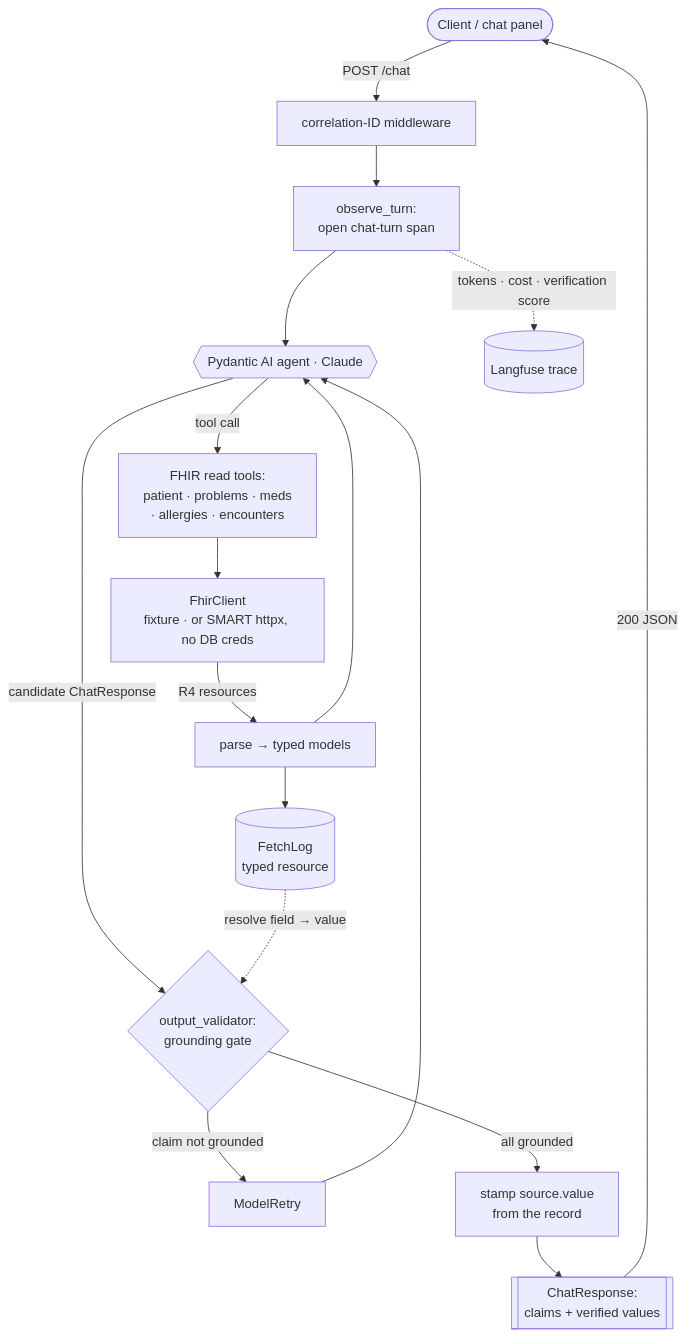
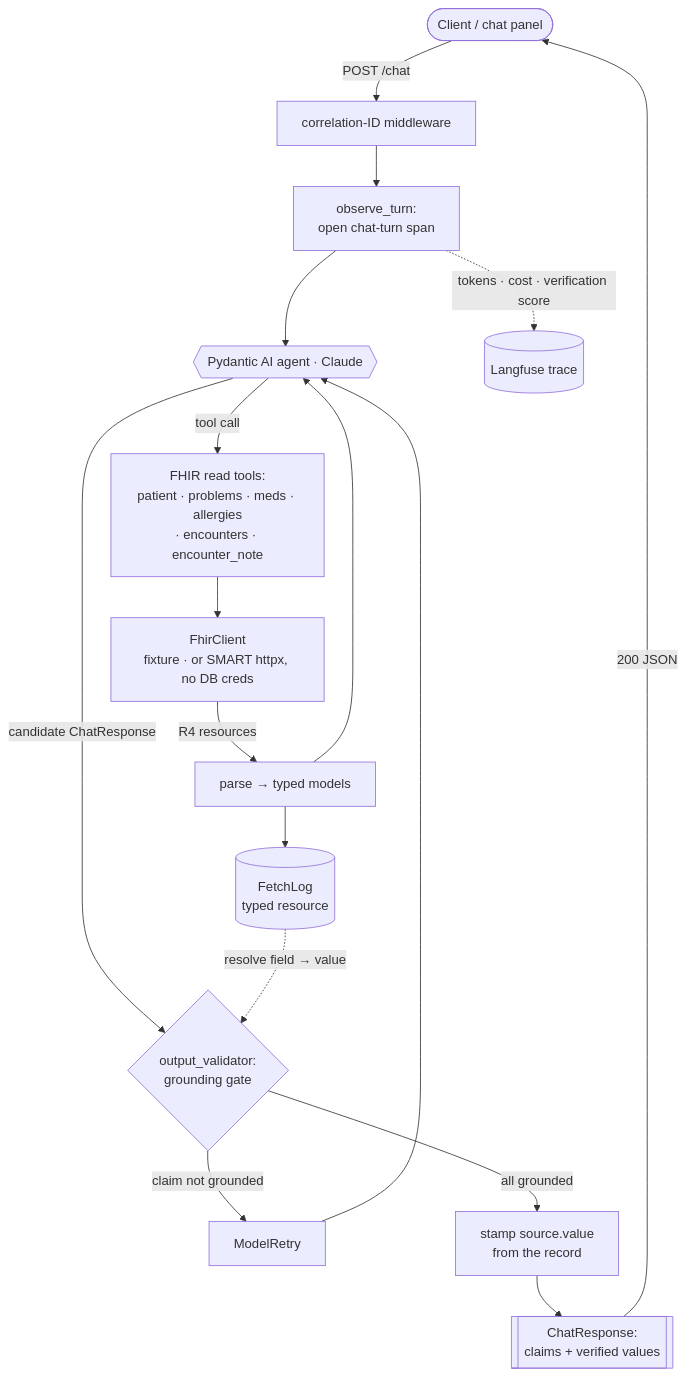
One commit to Josie29/openemr changed the diagram in agent/README.md. Above: the diagram before and after it, drawn with Mermaid. The commit also changed other lines of this file and 8 other files, not shown here.

First line of the commit message:
feat(agent): free-text clinical note tool with quote-based grounding

````diff
--- a/agent/README.md
+++ b/agent/README.md
@@ -24,21 +27,21 @@
 ```mermaid
 flowchart TD
     client([Client / chat panel]) -->|POST /chat| cid[correlation-ID middleware]
     cid --> obs[observe_turn:<br/>open chat-turn span]
     obs --> agent{{Pydantic AI agent · Claude}}
 
-    agent -->|tool call| tool[FHIR read tools:<br/>patient · problems · meds<br/>· allergies · encounters]
+    agent -->|tool call| tool[FHIR read tools:<br/>patient · problems · meds · allergies<br/>· encounters · encounter_note]
     tool --> fhir[FhirClient<br/>fixture · or SMART httpx, no DB creds]
     fhir -->|R4 resources| parse[parse → typed models]
     parse --> flog[(FetchLog<br/>typed resource)]
     parse --> agent
 
     agent -->|candidate ChatResponse| gate{output_validator:<br/>grounding gate}
     flog -. resolve field → value .-> gate
     gate -->|claim not grounded| retry[ModelRetry] --> agent
     gate -->|all grounded| stamp[stamp source.value<br/>from the record]
     stamp --> resp[[ChatResponse:<br/>claims + verified values]]
     resp -->|200 JSON| client
 
     obs -. tokens · cost · verification score .-> lf[(Langfuse trace)]
 ```
````
